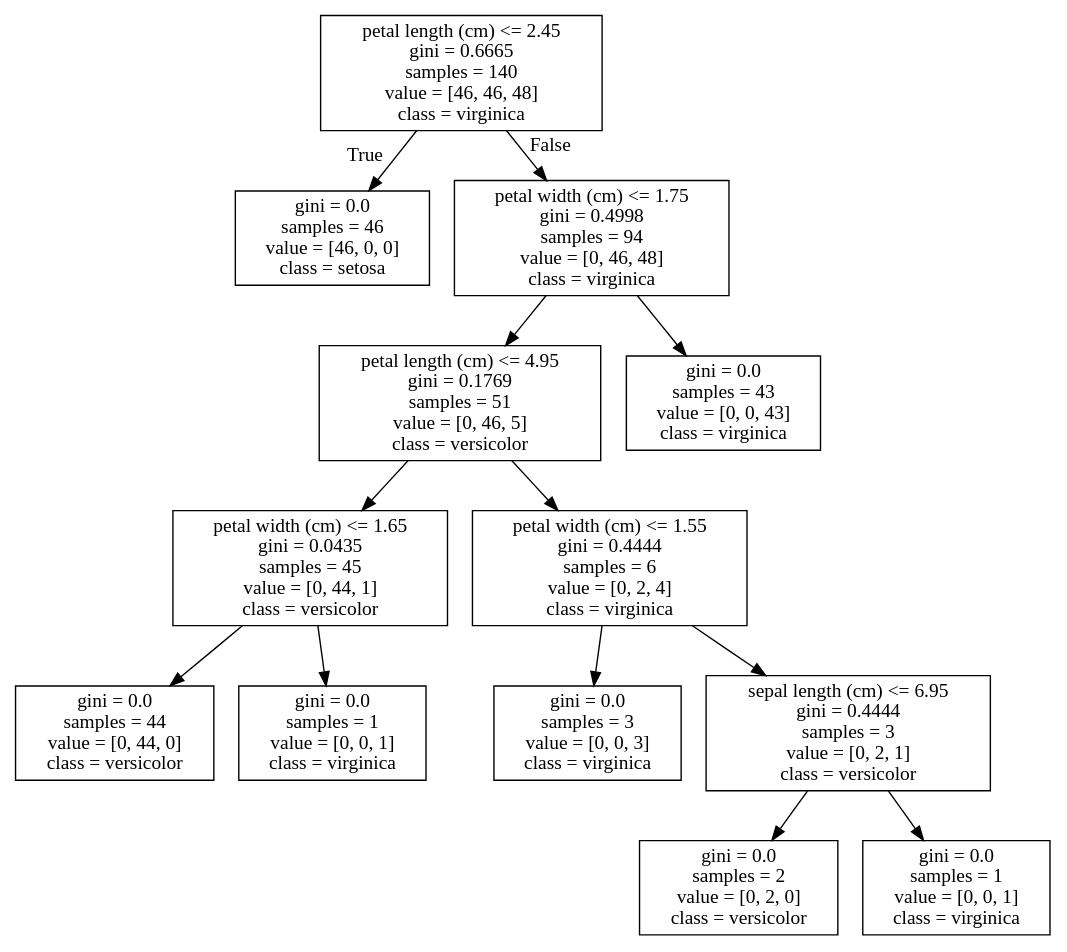
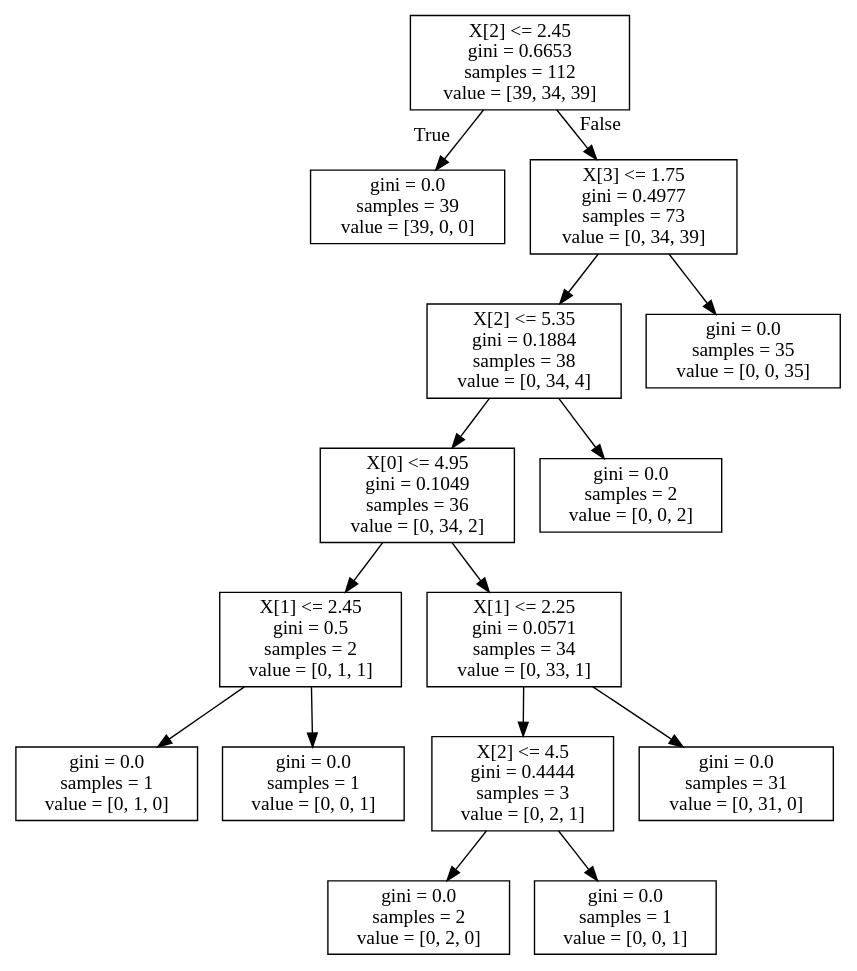
One commit to tertiarycourses/SckitLearn changed the diagram in exercises/iris.dot. Above: the diagram before and after it, drawn with Graphviz. The commit also changed 55 other files, not shown here.

```diff
--- a/exercises/iris.dot
+++ b/exercises/iris.dot
@@ -1,28 +1,32 @@
 digraph Tree {
 node [shape=box] ;
-0 [label="petal length (cm) <= 2.45\ngini = 0.6665\nsamples = 140\nvalue = [46, 46, 48]\nclass = virginica"] ;
-1 [label="gini = 0.0\nsamples = 46\nvalue = [46, 0, 0]\nclass = setosa"] ;
+0 [label="X[2] <= 2.45\ngini = 0.6653\nsamples = 112\nvalue = [39, 34, 39]"] ;
+1 [label="gini = 0.0\nsamples = 39\nvalue = [39, 0, 0]"] ;
 0 -> 1 [labeldistance=2.5, labelangle=45, headlabel="True"] ;
-2 [label="petal width (cm) <= 1.75\ngini = 0.4998\nsamples = 94\nvalue = [0, 46, 48]\nclass = virginica"] ;
+2 [label="X[3] <= 1.75\ngini = 0.4977\nsamples = 73\nvalue = [0, 34, 39]"] ;
 0 -> 2 [labeldistance=2.5, labelangle=-45, headlabel="False"] ;
-3 [label="petal length (cm) <= 4.95\ngini = 0.1769\nsamples = 51\nvalue = [0, 46, 5]\nclass = versicolor"] ;
+3 [label="X[2] <= 5.35\ngini = 0.1884\nsamples = 38\nvalue = [0, 34, 4]"] ;
 2 -> 3 ;
-4 [label="petal width (cm) <= 1.65\ngini = 0.0435\nsamples = 45\nvalue = [0, 44, 1]\nclass = versicolor"] ;
+4 [label="X[0] <= 4.95\ngini = 0.1049\nsamples = 36\nvalue = [0, 34, 2]"] ;
 3 -> 4 ;
-5 [label="gini = 0.0\nsamples = 44\nvalue = [0, 44, 0]\nclass = versicolor"] ;
+5 [label="X[1] <= 2.45\ngini = 0.5\nsamples = 2\nvalue = [0, 1, 1]"] ;
 4 -> 5 ;
-6 [label="gini = 0.0\nsamples = 1\nvalue = [0, 0, 1]\nclass = virginica"] ;
-4 -> 6 ;
-7 [label="petal width (cm) <= 1.55\ngini = 0.4444\nsamples = 6\nvalue = [0, 2, 4]\nclass = virginica"] ;
-3 -> 7 ;
-8 [label="gini = 0.0\nsamples = 3\nvalue = [0, 0, 3]\nclass = virginica"] ;
-7 -> 8 ;
-9 [label="sepal length (cm) <= 6.95\ngini = 0.4444\nsamples = 3\nvalue = [0, 2, 1]\nclass = versicolor"] ;
-7 -> 9 ;
-10 [label="gini = 0.0\nsamples = 2\nvalue = [0, 2, 0]\nclass = versicolor"] ;
+6 [label="gini = 0.0\nsamples = 1\nvalue = [0, 1, 0]"] ;
+5 -> 6 ;
+7 [label="gini = 0.0\nsamples = 1\nvalue = [0, 0, 1]"] ;
+5 -> 7 ;
+8 [label="X[1] <= 2.25\ngini = 0.0571\nsamples = 34\nvalue = [0, 33, 1]"] ;
+4 -> 8 ;
+9 [label="X[2] <= 4.5\ngini = 0.4444\nsamples = 3\nvalue = [0, 2, 1]"] ;
+8 -> 9 ;
+10 [label="gini = 0.0\nsamples = 2\nvalue = [0, 2, 0]"] ;
 9 -> 10 ;
-11 [label="gini = 0.0\nsamples = 1\nvalue = [0, 0, 1]\nclass = virginica"] ;
+11 [label="gini = 0.0\nsamples = 1\nvalue = [0, 0, 1]"] ;
 9 -> 11 ;
-12 [label="gini = 0.0\nsamples = 43\nvalue = [0, 0, 43]\nclass = virginica"] ;
-2 -> 12 ;
+12 [label="gini = 0.0\nsamples = 31\nvalue = [0, 31, 0]"] ;
+8 -> 12 ;
+13 [label="gini = 0.0\nsamples = 2\nvalue = [0, 0, 2]"] ;
+3 -> 13 ;
+14 [label="gini = 0.0\nsamples = 35\nvalue = [0, 0, 35]"] ;
+2 -> 14 ;
 }
```
